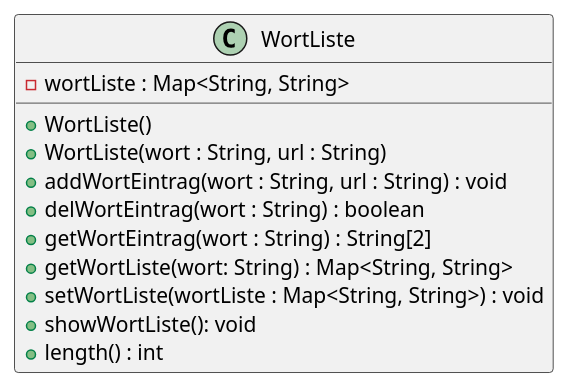
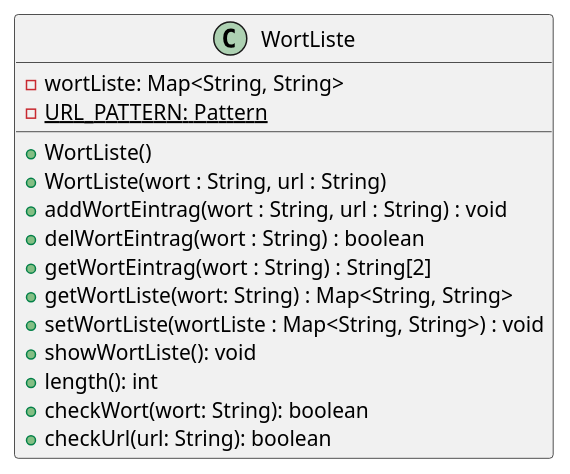
One commit to TGM-HIT/sew9-2425-worttrainer-Batscho changed the diagram in build/resources/main/Worttrainer Reloaded.puml. Above: the diagram before and after it, drawn with PlantUML. The commit also changed 27 other files, not shown here.

```diff
--- a/build/resources/main/Worttrainer Reloaded.puml
+++ b/build/resources/main/Worttrainer Reloaded.puml
@@ -1,19 +1,21 @@
 @startuml
 'https://plantuml.com/class-diagram
 
 
 class WortListe {
-- wortListe : Map<String, String>
-
+- wortListe: Map<String, String>
+- {static} URL_PATTERN: Pattern
 + WortListe()
 + WortListe(wort : String, url : String)
 + addWortEintrag(wort : String, url : String) : void
 + delWortEintrag(wort : String) : boolean
 + getWortEintrag(wort : String) : String[2]
 + getWortListe(wort: String) : Map<String, String>
 + setWortListe(wortListe : Map<String, String>) : void
 + showWortListe(): void
-+ length() : int
++ length(): int
++ checkWort(wort: String): boolean
++ checkUrl(url: String): boolean
 }
 
 @enduml
```
